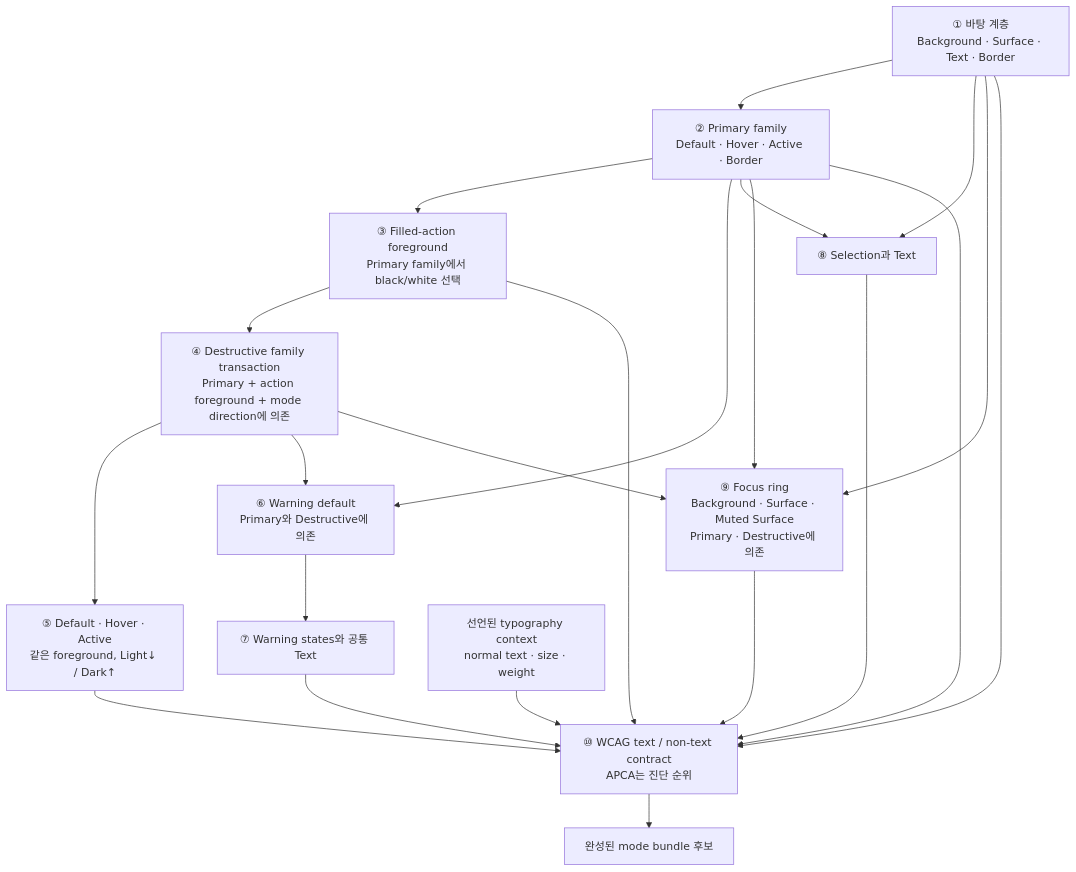
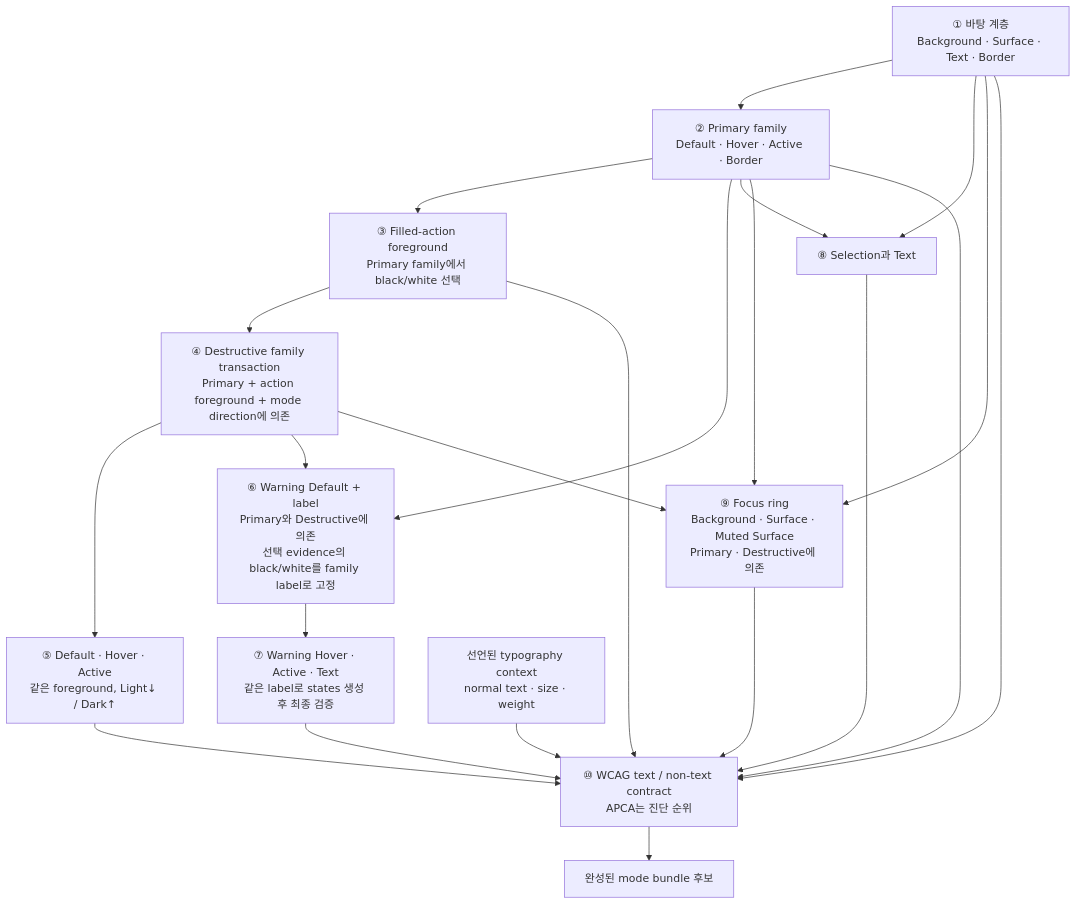
The second of 4 diagrams in docs/v2-decisions/ontology.md (corca-ai/color-palette-gen), drawn with Mermaid before and after one commit. The commit also changed other lines of this file and 31 other files, not shown here.

Commit message:
feat(v2): lock Warning shared label identity

````diff
--- a/docs/v2-decisions/ontology.md
+++ b/docs/v2-decisions/ontology.md
@@ -80,37 +80,37 @@
 ```mermaid
 flowchart TD
   foundations["① 바탕 계층<br/>Background · Surface · Text · Border"]
   primary["② Primary family<br/>Default · Hover · Active · Border"]
   actionText["③ Filled-action foreground<br/>Primary family에서 black/white 선택"]
   destructive["④ Destructive family transaction<br/>Primary + action foreground + mode direction에 의존"]
   destructiveStates["⑤ Default · Hover · Active<br/>같은 foreground, Light↓ / Dark↑"]
-  warning["⑥ Warning default<br/>Primary와 Destructive에 의존"]
-  warningStates["⑦ Warning states와 공통 Text"]
+  warning["⑥ Warning Default + label<br/>Primary와 Destructive에 의존<br/>선택 evidence의 black/white를 family label로 고정"]
+  warningStates["⑦ Warning Hover · Active · Text<br/>같은 label로 states 생성 후 최종 검증"]
   selection["⑧ Selection과 Text"]
   focus["⑨ Focus ring<br/>Background · Surface · Muted Surface<br/>Primary · Destructive에 의존"]
   typography["선언된 typography context<br/>normal text · size · weight"]
   contracts["⑩ WCAG text / non-text contract<br/>APCA는 진단 순위"]
   bundle["완성된 mode bundle 후보"]
 
   foundations --> primary
   primary --> actionText
   actionText --> destructive
   destructive --> destructiveStates
   primary --> warning
   destructive --> warning
   warning --> warningStates
   foundations --> selection
   primary --> selection
   foundations --> focus
   primary --> focus
   destructive --> focus
   foundations --> contracts
   primary --> contracts
   actionText --> contracts
   destructiveStates --> contracts
   warningStates --> contracts
   selection --> contracts
   focus --> contracts
   typography --> contracts
   contracts --> bundle
 ```
````
